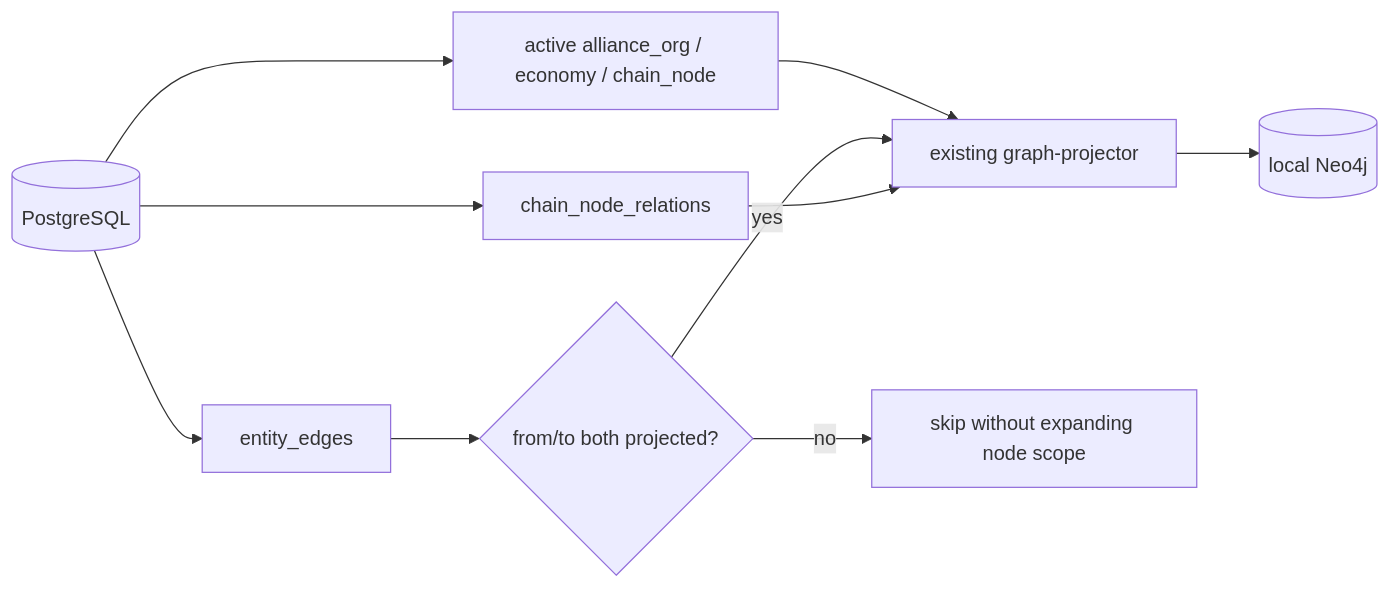
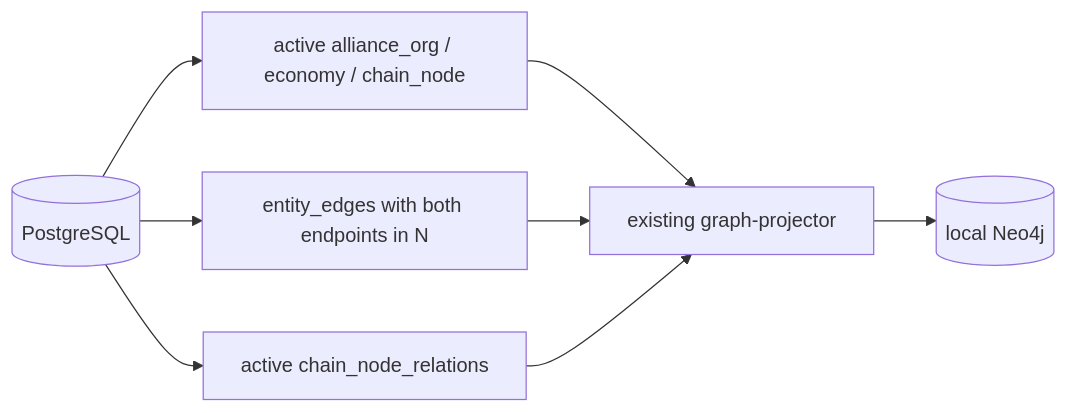
One commit to meierlink88/tidewise-ai changed the first of 2 diagrams in openspec/changes/rebuild-foundation-graph-and-enrich-chain-data/design.md. Above: the diagram before and after it, drawn with Mermaid. The commit also changed other lines of this file and 5 other files, not shown here.

Commit message:
docs(openspec): refresh graph rebuild proposal baseline

````diff
--- a/openspec/changes/rebuild-foundation-graph-and-enrich-chain-data/design.md
+++ b/openspec/changes/rebuild-foundation-graph-and-enrich-chain-data/design.md
@@ -37,12 +49,10 @@
 ```mermaid
 flowchart LR
-    PG[(PostgreSQL)] --> Nodes[active alliance_org / economy / chain_node]
-    PG --> EntityEdges[entity_edges]
-    PG --> ChainEdges[chain_node_relations]
-    Nodes --> Projector[existing graph-projector]
-    EntityEdges --> Filter{from/to both projected?}
-    Filter -->|yes| Projector
-    Filter -->|no| Skip[skip without expanding node scope]
-    ChainEdges --> Projector
-    Projector --> Neo[(local Neo4j)]
+    PG[(PostgreSQL)] --> N[active alliance_org / economy / chain_node]
+    PG --> E[entity_edges with both endpoints in N]
+    PG --> C[active chain_node_relations]
+    N --> P[existing graph-projector]
+    E --> P
+    C --> P
+    P --> Neo[(local Neo4j)]
 ```
````
